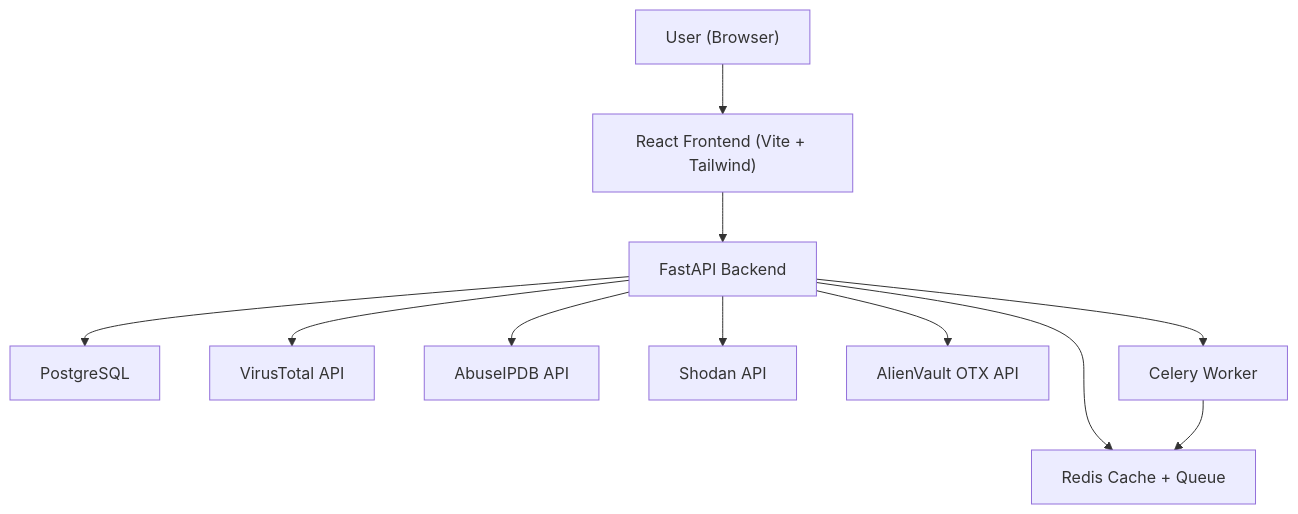
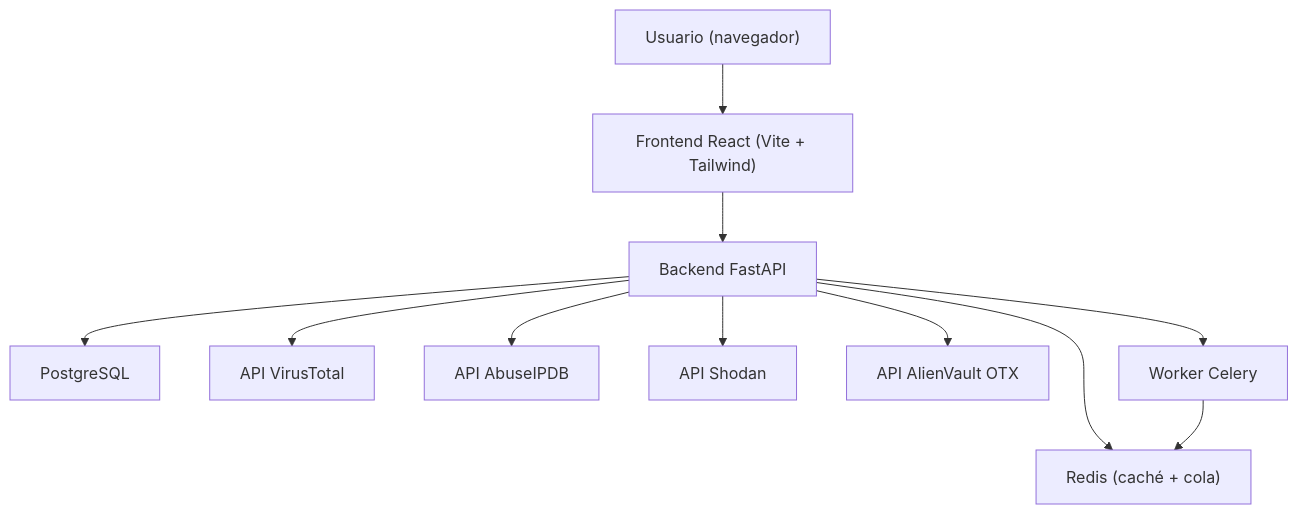
One commit to alfonsora6/ioc-correlator changed the diagram in obsidian/Architecture.md. Above: the diagram before and after it, drawn with Mermaid. The commit also changed other lines of this file and 11 other files, not shown here.

````diff
--- a/obsidian/Architecture.md
+++ b/obsidian/Architecture.md
@@ -9,13 +9,13 @@
 ```mermaid
 graph TD
-  User["User (Browser)"] --> Frontend["React Frontend (Vite + Tailwind)"]
-  Frontend --> Backend["FastAPI Backend"]
+  User["Usuario (navegador)"] --> Frontend["Frontend React (Vite + Tailwind)"]
+  Frontend --> Backend["Backend FastAPI"]
   Backend --> PG["PostgreSQL"]
-  Backend --> Redis["Redis Cache + Queue"]
-  Backend --> VT["VirusTotal API"]
-  Backend --> AB["AbuseIPDB API"]
-  Backend --> SH["Shodan API"]
-  Backend --> OTX["AlienVault OTX API"]
-  Backend --> Celery["Celery Worker"]
+  Backend --> Redis["Redis (caché + cola)"]
+  Backend --> VT["API VirusTotal"]
+  Backend --> AB["API AbuseIPDB"]
+  Backend --> SH["API Shodan"]
+  Backend --> OTX["API AlienVault OTX"]
+  Backend --> Celery["Worker Celery"]
   Celery --> Redis
 ```
````
